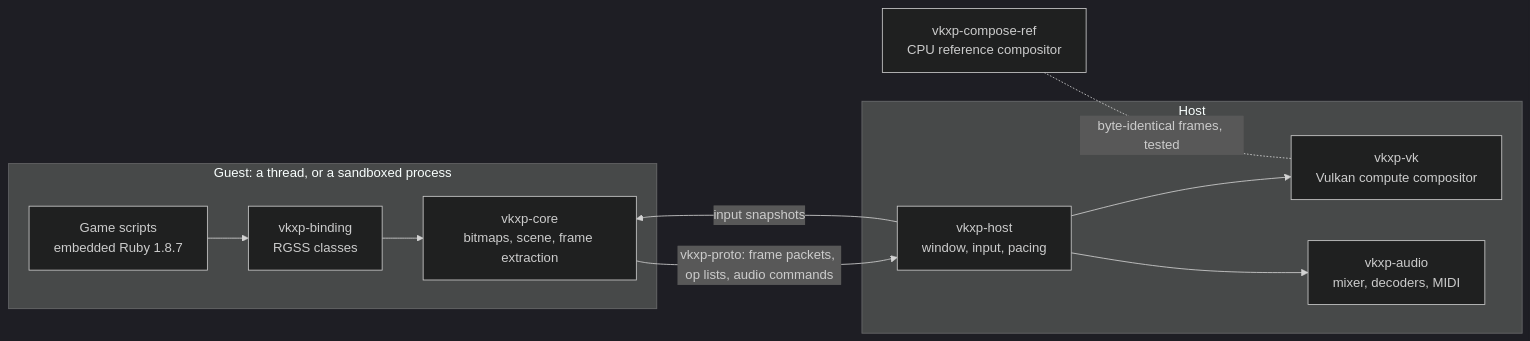
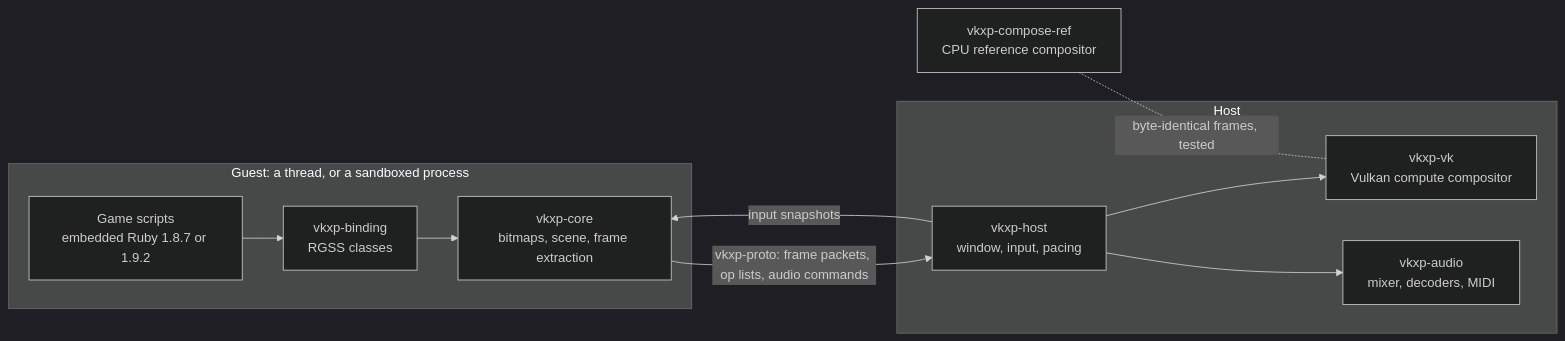
The diagram in README.md (xuyanwen2012/vkrgss-rs), drawn with Mermaid (dark theme) before and after one commit. The commit also changed other lines of this file and 13 other files, not shown here.

````diff
--- a/README.md
+++ b/README.md
@@ -138,14 +138,14 @@
 ```mermaid
 flowchart LR
   subgraph guest["Guest: a thread, or a sandboxed process"]
-    scripts["Game scripts<br>embedded Ruby 1.8.7"] --> binding["vkxp-binding<br>RGSS classes"]
+    scripts["Game scripts<br>embedded Ruby 1.8.7 or 1.9.2"] --> binding["vkxp-binding<br>RGSS classes"]
     binding --> core["vkxp-core<br>bitmaps, scene, frame extraction"]
   end
   subgraph host["Host"]
     session["vkxp-host<br>window, input, pacing"] --> vk["vkxp-vk<br>Vulkan compute compositor"]
     session --> audio["vkxp-audio<br>mixer, decoders, MIDI"]
   end
   core -- "vkxp-proto: frame packets, op lists, audio commands" --> session
   session -- "input snapshots" --> core
   cpu["vkxp-compose-ref<br>CPU reference compositor"] -. "byte-identical frames, tested" .- vk
 ```
````
